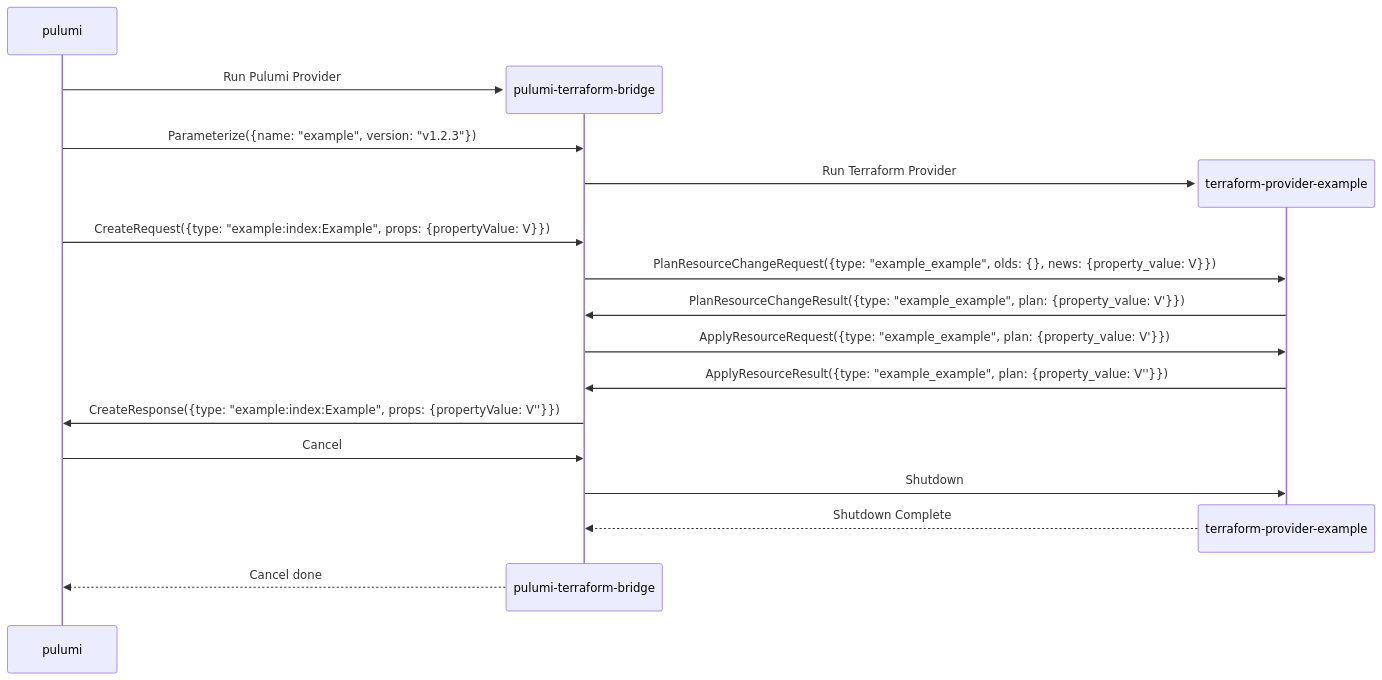
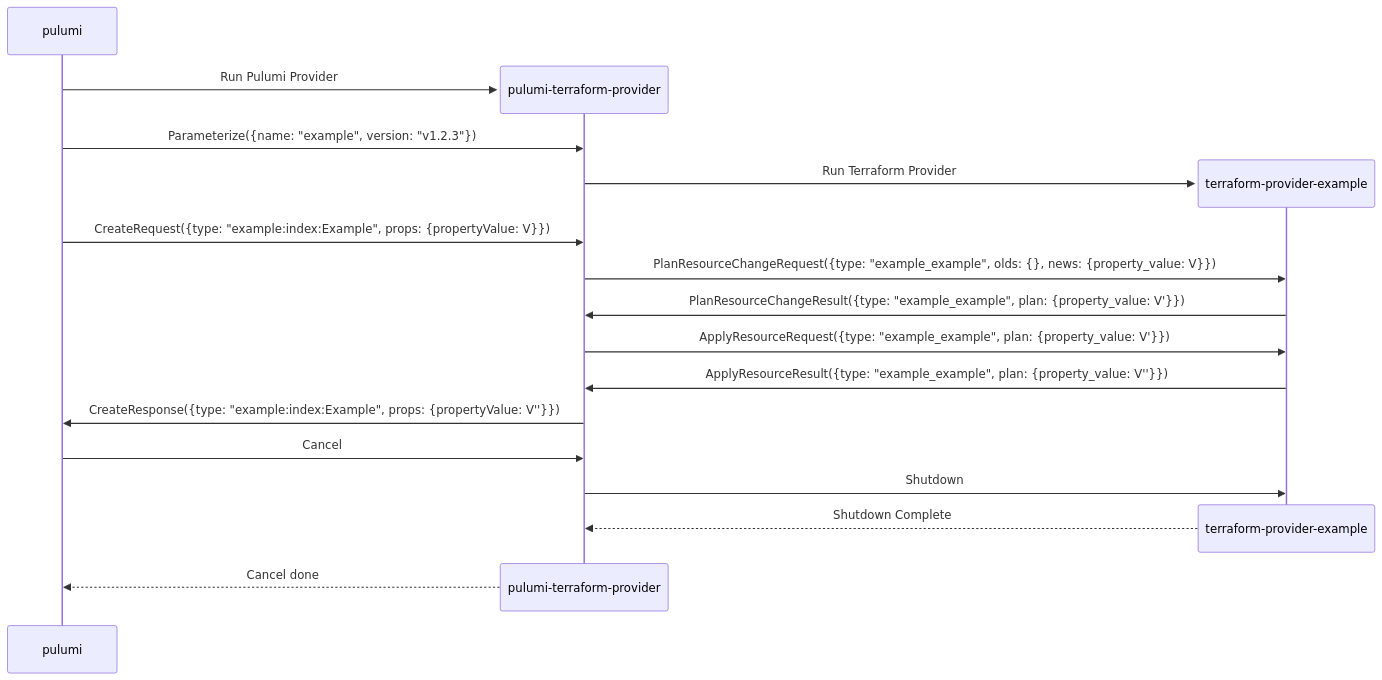
The diagram in dynamic/README.md (pulumi/pulumi-terraform-bridge), drawn with Mermaid before and after one commit. The commit also changed other lines of this file, not shown here.

````diff
--- a/dynamic/README.md
+++ b/dynamic/README.md
@@ -72,23 +69,23 @@
 ``` mermaid
 sequenceDiagram
     participant P as pulumi
-    create participant B as pulumi-terraform-bridge
+    create participant B as pulumi-terraform-provider
     P->>B: Run Pulumi Provider
     P->>B: Parameterize({name: "example", version: "v1.2.3"})
     create participant T as terraform-provider-example
     B->>T: Run Terraform Provider
 
     P->>B: CreateRequest({type: "example:index:Example", props: {propertyValue: V}})
     B->>T: PlanResourceChangeRequest({type: "example_example", olds: {}, news: {property_value: V}})
     T->>B: PlanResourceChangeResult({type: "example_example", plan: {property_value: V'}})
     B->>T: ApplyResourceRequest({type: "example_example", plan: {property_value: V'}})
     T->>B: ApplyResourceResult({type: "example_example", plan: {property_value: V''}})
     B->>P: CreateResponse({type: "example:index:Example", props: {propertyValue: V''}})
 
     P->>B: Cancel
     B->>T: Shutdown
     destroy T
     T-->>B: Shutdown Complete
     destroy B
     B-->>P: Cancel done
 ```
````
